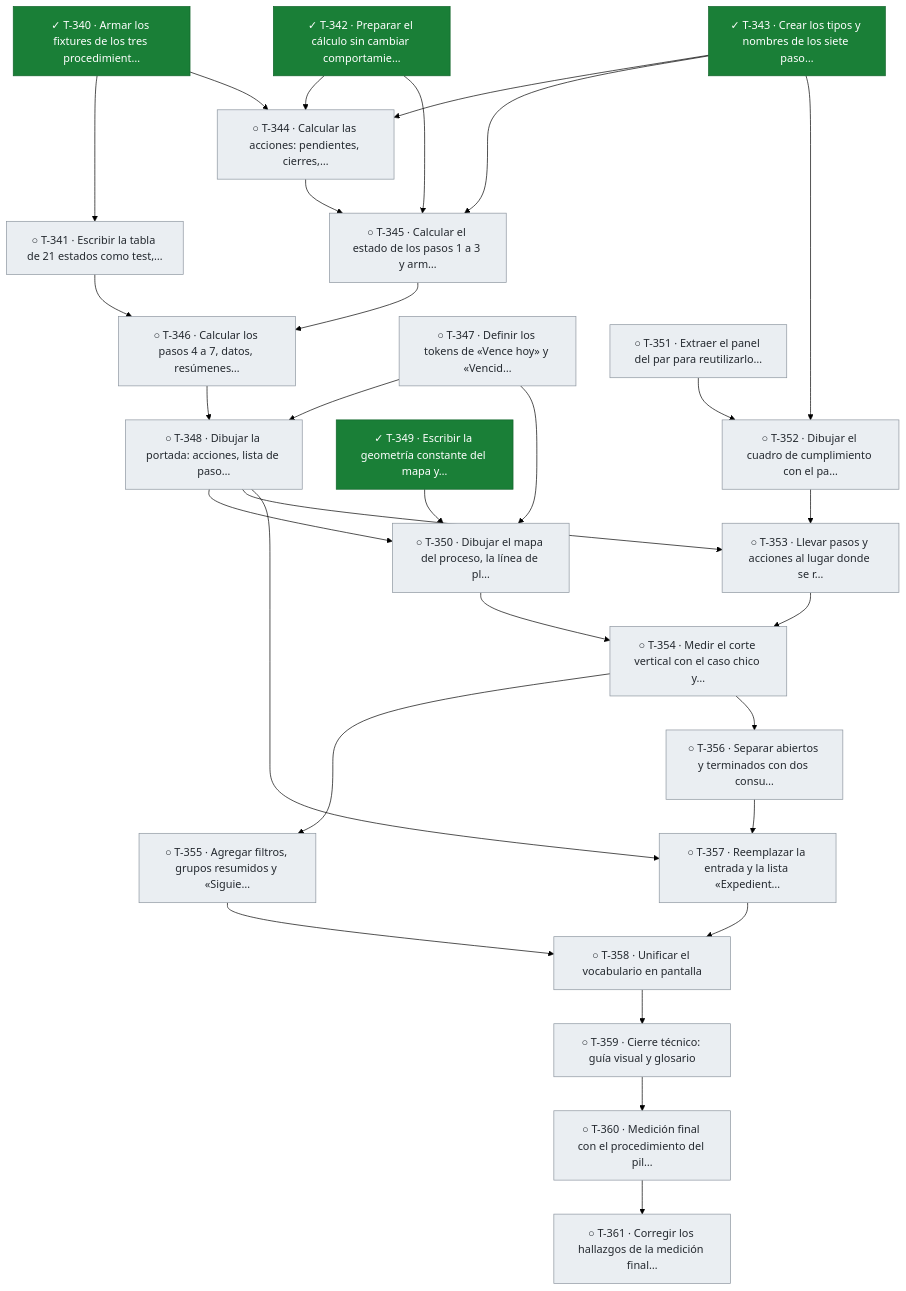
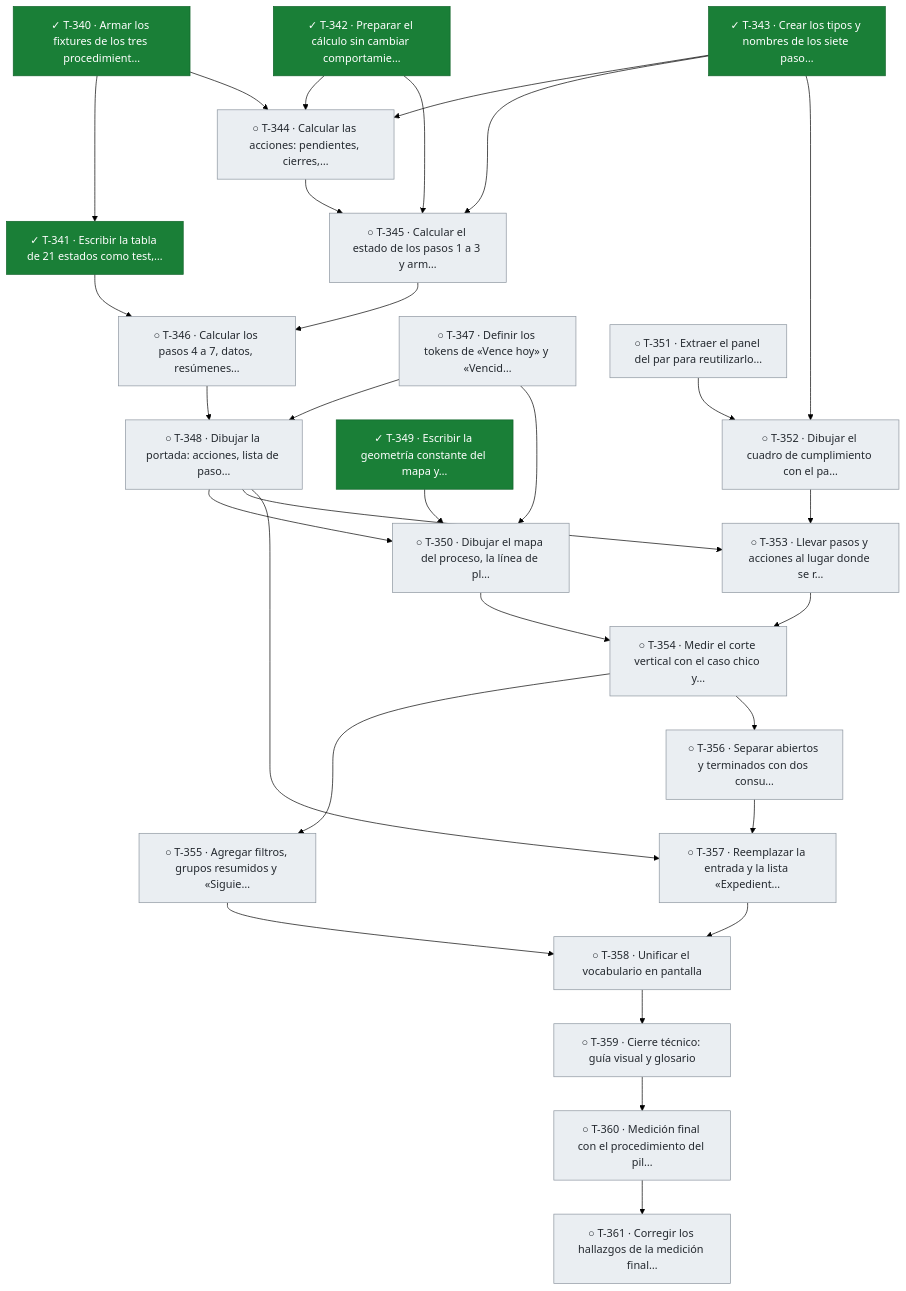
Before and after one commit to snavello/EVALUON: diagram 25 of 25 in docs/tablero.md, drawn with Mermaid (forest theme). The commit also changed other lines of this file and 1 other file, not shown here.

Commit message:
gestión: T-341 terminada (tabla de 21 estados como test), avisos y tablero

````diff
--- a/docs/tablero.md
+++ b/docs/tablero.md
@@ -1922,59 +1922,59 @@
 ```mermaid
 flowchart TD
   T340["✓ T-340 · Armar los fixtures de los tres procedimient…"]:::done
-  T341["○ T-341 · Escribir la tabla de 21 estados como test,…"]:::todo
+  T341["✓ T-341 · Escribir la tabla de 21 estados como test,…"]:::done
   T342["✓ T-342 · Preparar el cálculo sin cambiar comportamie…"]:::done
   T343["✓ T-343 · Crear los tipos y nombres de los siete paso…"]:::done
   T344["○ T-344 · Calcular las acciones: pendientes, cierres,…"]:::todo
   T345["○ T-345 · Calcular el estado de los pasos 1 a 3 y arm…"]:::todo
   T346["○ T-346 · Calcular los pasos 4 a 7, datos, resúmenes…"]:::todo
   T347["○ T-347 · Definir los tokens de «Vence hoy» y «Vencid…"]:::todo
   T348["○ T-348 · Dibujar la portada: acciones, lista de paso…"]:::todo
   T349["✓ T-349 · Escribir la geometría constante del mapa y…"]:::done
   T350["○ T-350 · Dibujar el mapa del proceso, la línea de pl…"]:::todo
   T351["○ T-351 · Extraer el panel del par para reutilizarlo…"]:::todo
   T352["○ T-352 · Dibujar el cuadro de cumplimiento con el pa…"]:::todo
   T353["○ T-353 · Llevar pasos y acciones al lugar donde se r…"]:::todo
   T354["○ T-354 · Medir el corte vertical con el caso chico y…"]:::todo
   T355["○ T-355 · Agregar filtros, grupos resumidos y «Siguie…"]:::todo
   T356["○ T-356 · Separar abiertos y terminados con dos consu…"]:::todo
   T357["○ T-357 · Reemplazar la entrada y la lista «Expedient…"]:::todo
   T358["○ T-358 · Unificar el vocabulario en pantalla"]:::todo
   T359["○ T-359 · Cierre técnico: guía visual y glosario"]:::todo
   T360["○ T-360 · Medición final con el procedimiento del pil…"]:::todo
   T361["○ T-361 · Corregir los hallazgos de la medición final…"]:::todo
   T340 --> T341
   T340 --> T344
   T342 --> T344
   T343 --> T344
   T342 --> T345
   T343 --> T345
   T344 --> T345
   T341 --> T346
   T345 --> T346
   T346 --> T348
   T347 --> T348
   T347 --> T350
   T348 --> T350
   T349 --> T350
   T343 --> T352
   T351 --> T352
   T348 --> T353
   T352 --> T353
   T350 --> T354
   T353 --> T354
   T354 --> T355
   T354 --> T356
   T348 --> T357
   T356 --> T357
   T355 --> T358
   T357 --> T358
   T358 --> T359
   T359 --> T360
   T360 --> T361
   classDef done fill:#1a7f37,stroke:#116329,color:#ffffff
   classDef review fill:#0969da,stroke:#0550ae,color:#ffffff
   classDef active fill:#bf8700,stroke:#7d4e00,color:#ffffff
   classDef blocked fill:#cf222e,stroke:#a40e26,color:#ffffff
   classDef todo fill:#eaeef2,stroke:#8c959f,color:#24292f
 ```
````
